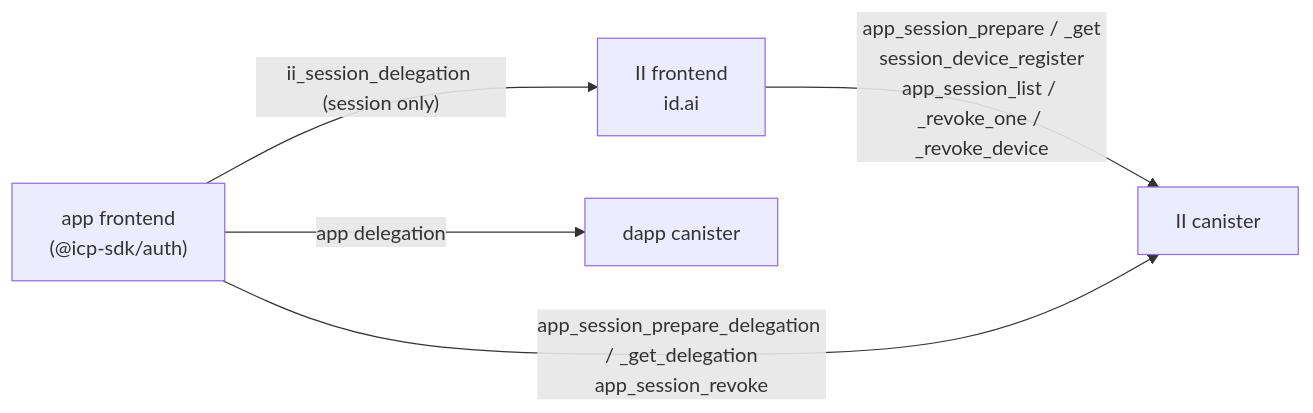
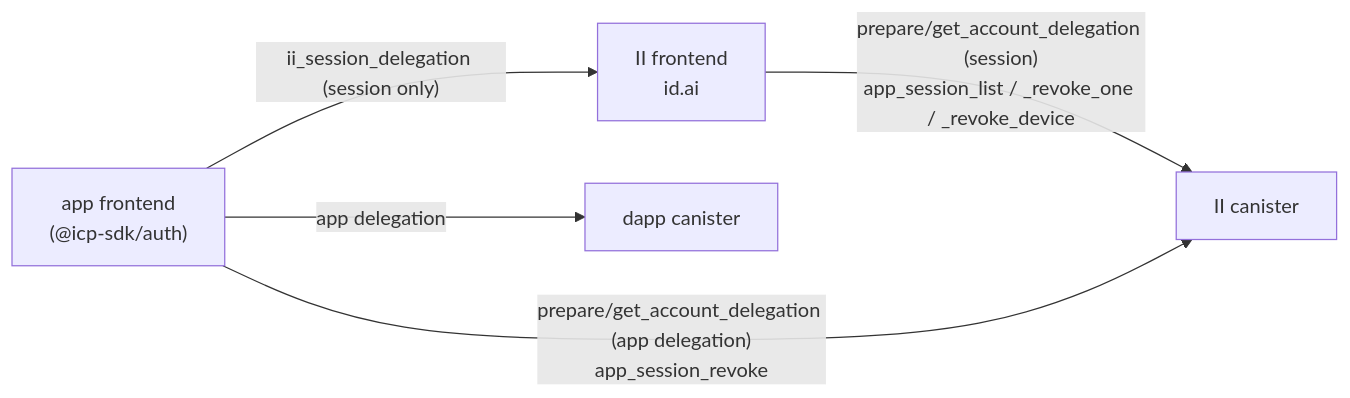
Before and after one commit to dfinity/internet-identity: the first of 7 diagrams in docs/ongoing/revocable-app-sessions.md, drawn with Mermaid. The commit also changed other lines of this file, not shown here.

````diff
--- a/docs/ongoing/revocable-app-sessions.md
+++ b/docs/ongoing/revocable-app-sessions.md
@@ -10,12 +10,12 @@
 ```mermaid
 flowchart LR
     App["app frontend<br/>(@icp-sdk/auth)"]
     IIF["II frontend<br/>id.ai"]
     IIC["II canister"]
     DC["dapp canister"]
 
     App -->|"ii_session_delegation (session only)"| IIF
-    IIF -->|"app_session_prepare / _get<br/>session_device_register<br/>app_session_list / _revoke_one / _revoke_device"| IIC
-    App -->|"app_session_prepare_delegation / _get_delegation<br/>app_session_revoke"| IIC
+    IIF -->|"prepare/get_account_delegation (session)<br/>app_session_list / _revoke_one / _revoke_device"| IIC
+    App -->|"prepare/get_account_delegation (app delegation)<br/>app_session_revoke"| IIC
     App -->|"app delegation"| DC
 ```
````
